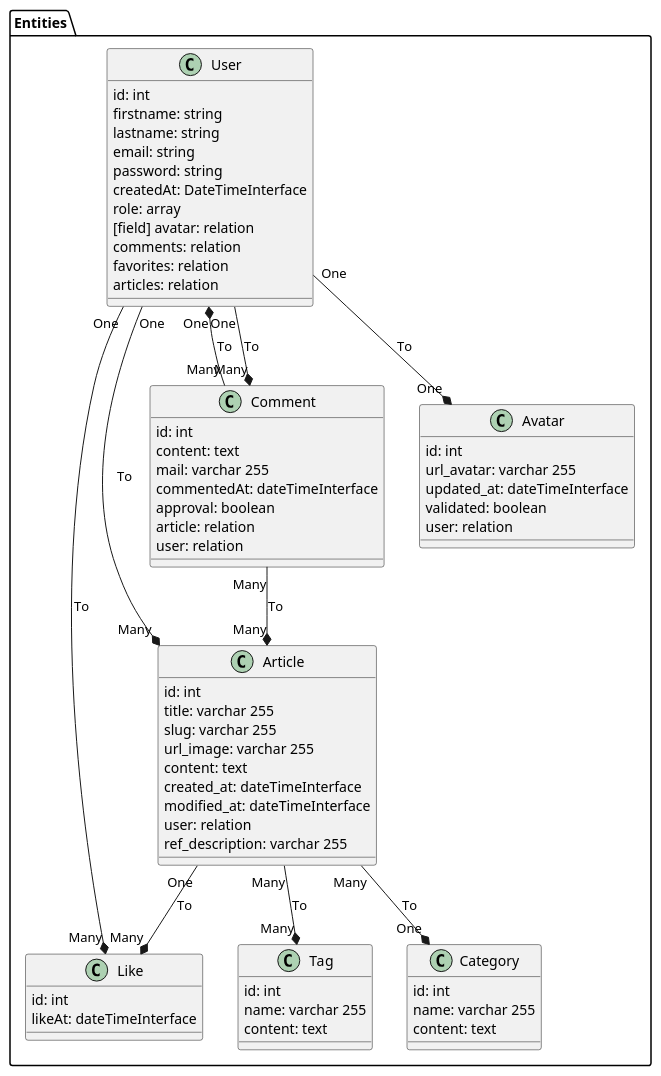
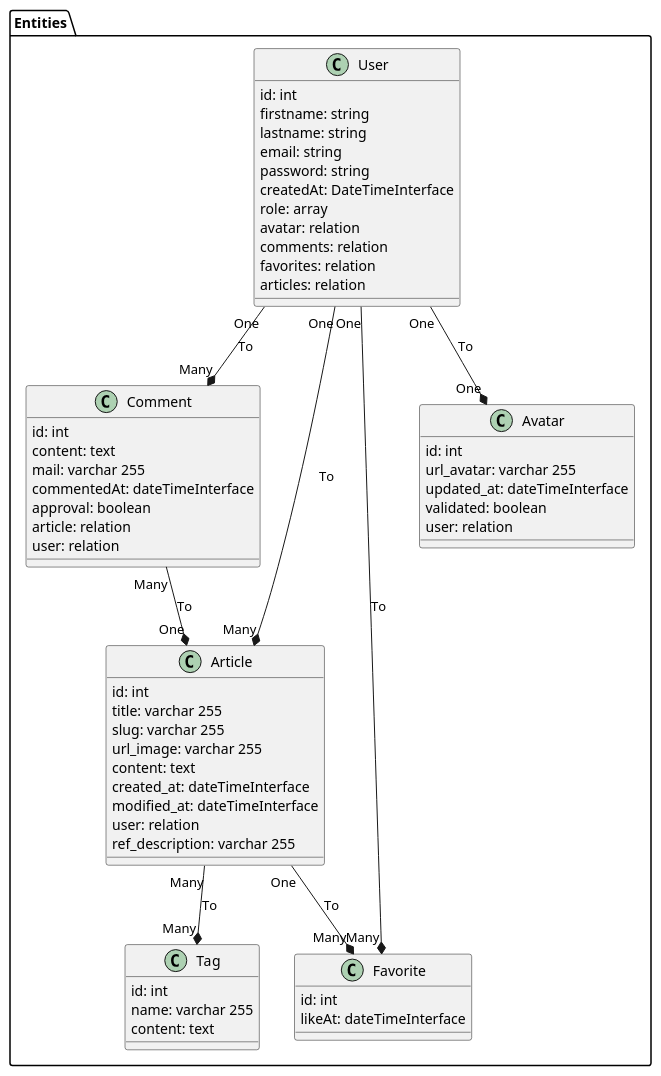
The diagram in docs/uml/bdd/entities-diagram.puml (SylvainGUERRIN/front2back), drawn with PlantUML before and after one commit. The commit also changed 1 other file, not shown here.

```diff
--- a/docs/uml/bdd/entities-diagram.puml
+++ b/docs/uml/bdd/entities-diagram.puml
@@ -1,76 +1,68 @@
 @startuml
 package "Entities" #FFF {
     class User {
         {field} id: int
         {field} firstname: string
         {field} lastname: string
         {field} email: string
         {field} password: string
         {field} createdAt: DateTimeInterface
         {field} role: array
-        [field] avatar: relation
+        {field} avatar: relation
         {field} comments: relation
         {field} favorites: relation
         {field} articles: relation
     }
 
     class Comment {
         {field} id: int
         {field} content: text
         {field} mail: varchar 255
         {field} commentedAt: dateTimeInterface
         {field} approval: boolean
         {field} article: relation
         {field} user: relation
     }
 
-    class Like {
+    class Favorite {
         {field} id: int
         {field} likeAt: dateTimeInterface
     }
 
     class Article {
         {field} id: int
         {field} title: varchar 255
         {field} slug: varchar 255
         {field} url_image: varchar 255
         {field} content: text
         {field} created_at: dateTimeInterface
         {field} modified_at: dateTimeInterface
         {field} user: relation
         {field} ref_description: varchar 255
-    }
-
-    class Category {
-        {field} id: int
-        {field} name: varchar 255
-        {field} content: text
     }
 
     class Tag {
         {field} id: int
         {field} name: varchar 255
         {field} content: text
     }
 
     class Avatar {
         {field} id: int
         {field} url_avatar: varchar 255
         {field} updated_at: dateTimeInterface
         {field} validated: boolean
         {field} user: relation
     }
 
     User "One" --* "Many" Article : To
     User "One" --* "Many" Comment : To
-    User "One" --* "Many" Like : To
+    User "One" --* "Many" Favorite : To
     User "One" --* "One" Avatar : To
 
-    Article "One" --* "Many" Like : To
-    Article "Many" --* "One" Category : To
+    Article "One" --* "Many" Favorite : To
     Article "Many" --* "Many" Tag : To
 
-    Comment "Many" --* "Many" Article : To
-    Comment "Many" --* "One" User : To
+    Comment "Many" --* "One" Article : To
 }
 @enduml
```
